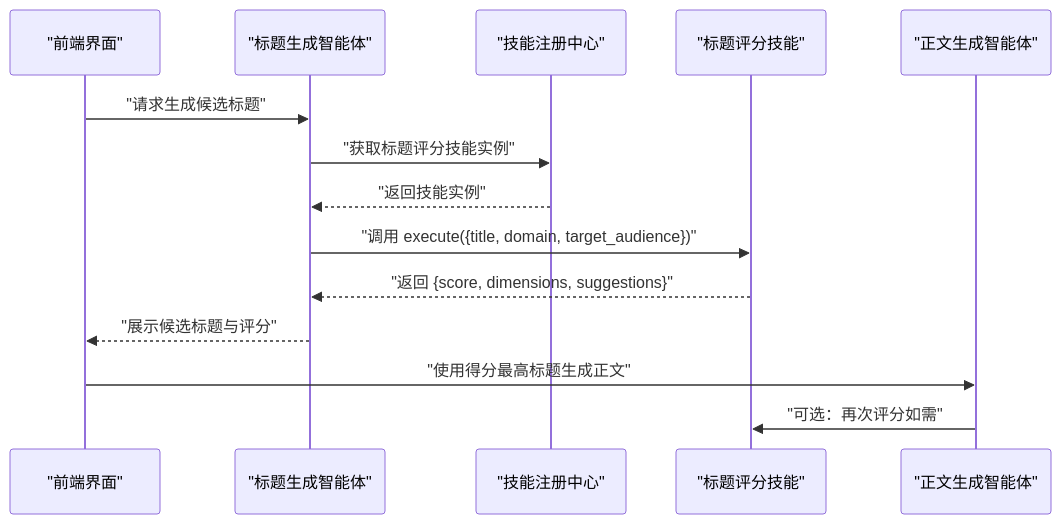
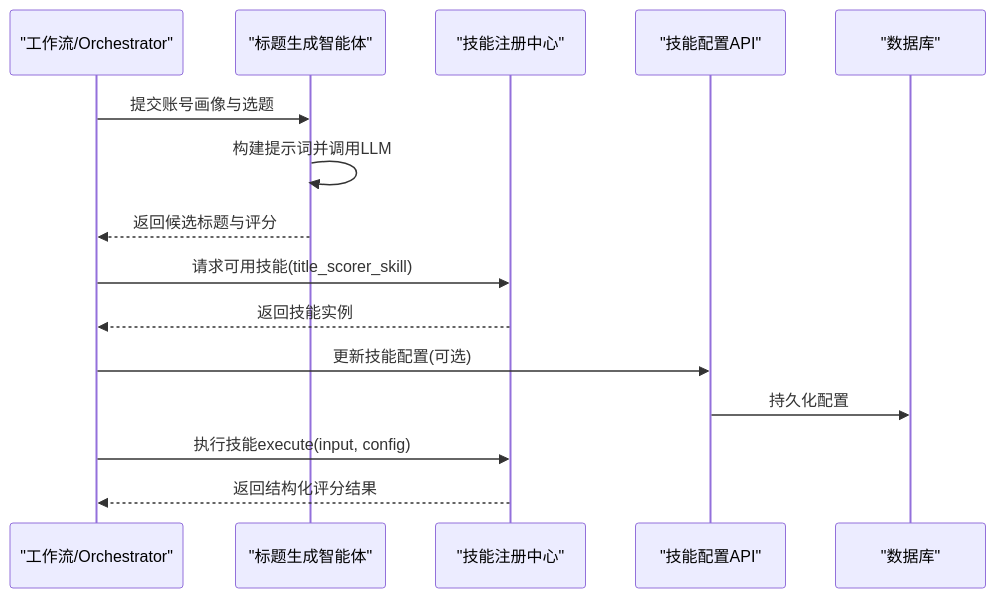
One commit to sansansansansan2022-web/hotclaw changed the second of 5 diagrams in .qoder/repowiki/zh/content/技能系统/内置技能实现/标题评分技能.md. Above: the diagram before and after it, drawn with Mermaid. The commit also changed other lines of this file and 288 other files, not shown here.

````diff
--- a/.qoder/repowiki/zh/content/技能系统/内置技能实现/标题评分技能.md
+++ b/.qoder/repowiki/zh/content/技能系统/内置技能实现/标题评分技能.md
@@ -99,16 +81,17 @@
 ```mermaid
 sequenceDiagram
-participant FE as "前端界面"
-participant TGA as "标题生成智能体"
-participant REG as "技能注册中心"
-participant TS as "标题评分技能"
-participant CWA as "正文生成智能体"
-FE->>TGA : "请求生成候选标题"
-TGA->>REG : "获取标题评分技能实例"
-REG-->>TGA : "返回技能实例"
-TGA->>TS : "调用 execute({title, domain, target_audience})"
-TS-->>TGA : "返回 {score, dimensions, suggestions}"
-TGA-->>FE : "展示候选标题与评分"
-FE->>CWA : "使用得分最高标题生成正文"
-CWA->>TS : "可选：再次评分如需"
+participant WF as "工作流/Orchestrator"
+participant AG as "标题生成智能体"
+participant SK as "技能注册中心"
+participant API as "技能配置API"
+participant DB as "数据库"
+WF->>AG : 提交账号画像与选题
+AG->>AG : 构建提示词并调用LLM
+AG-->>WF : 返回候选标题与评分
+WF->>SK : 请求可用技能(title_scorer_skill)
+SK-->>WF : 返回技能实例
+WF->>API : 更新技能配置(可选)
+API->>DB : 持久化配置
+WF->>SK : 执行技能execute(input, config)
+SK-->>WF : 返回结构化评分结果
 ```
````
